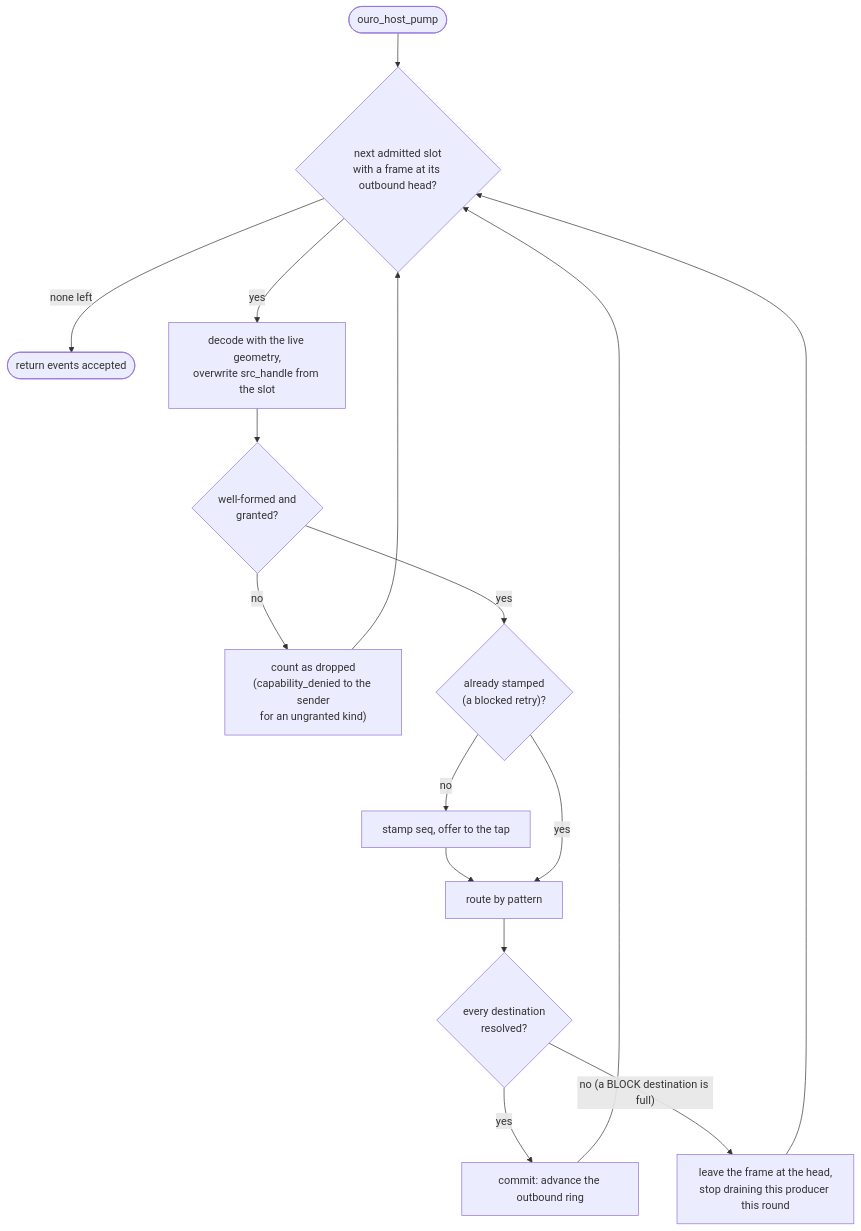
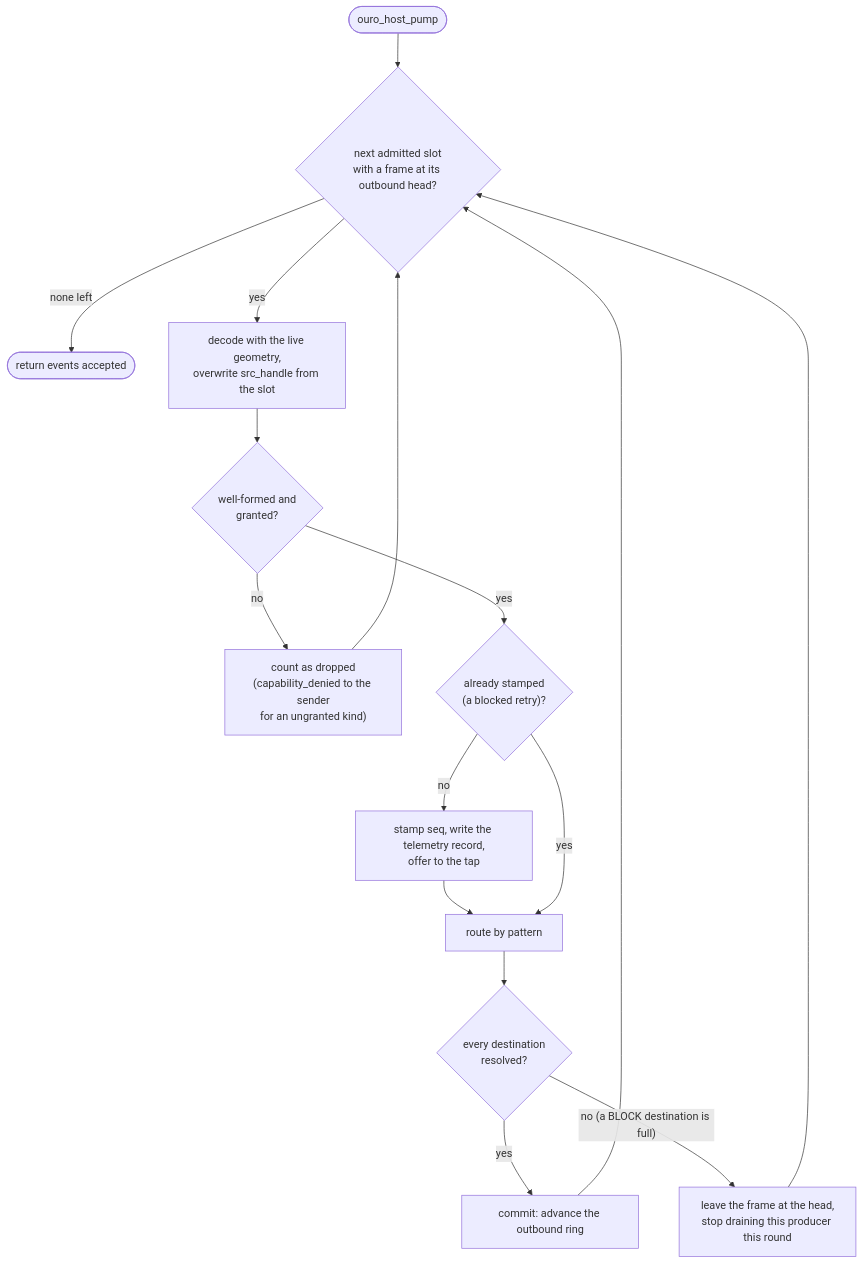
The first of 4 diagrams in docs/routing-and-flow-control.md (RakuenSoftware/ouroboros-ring), drawn with Mermaid before and after one commit. The commit also changed 15 other files, not shown here.

````diff
--- a/docs/routing-and-flow-control.md
+++ b/docs/routing-and-flow-control.md
@@ -16,14 +16,14 @@
 ```mermaid
 flowchart TB
     start(["ouro_host_pump"]) --> next{"next admitted slot<br/>with a frame at its outbound head?"}
     next -- none left --> done(["return events accepted"])
     next -- yes --> decode["decode with the live geometry,<br/>overwrite src_handle from the slot"]
     decode --> valid{"well-formed and<br/>granted?"}
     valid -- no --> drop["count as dropped<br/>(capability_denied to the sender<br/>for an ungranted kind)"] --> next
     valid -- yes --> seen{"already stamped<br/>(a blocked retry)?"}
-    seen -- no --> stamp["stamp seq, offer to the tap"] --> route
+    seen -- no --> stamp["stamp seq, write the telemetry record,<br/>offer to the tap"] --> route
     seen -- yes --> route["route by pattern"]
     route --> result{"every destination<br/>resolved?"}
     result -- yes --> commit["commit: advance the outbound ring"] --> next
     result -- "no (a BLOCK destination is full)" --> hold["leave the frame at the head,<br/>stop draining this producer this round"] --> next
 ```
````
